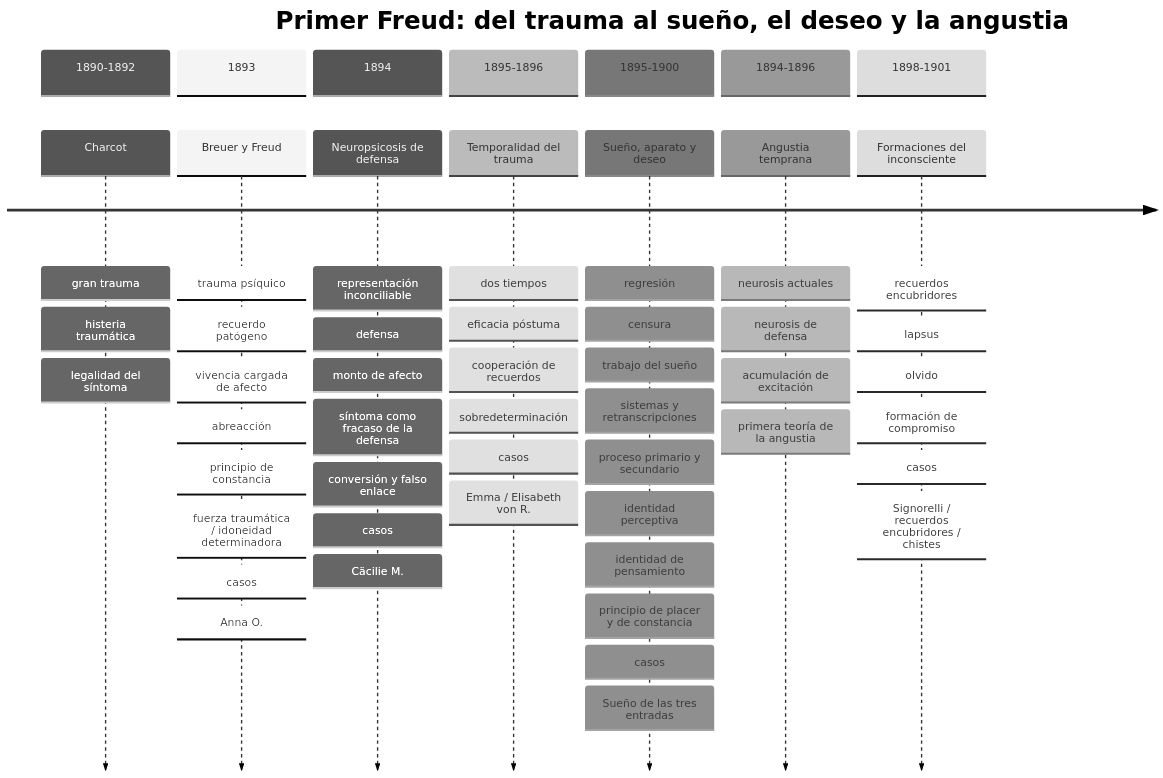
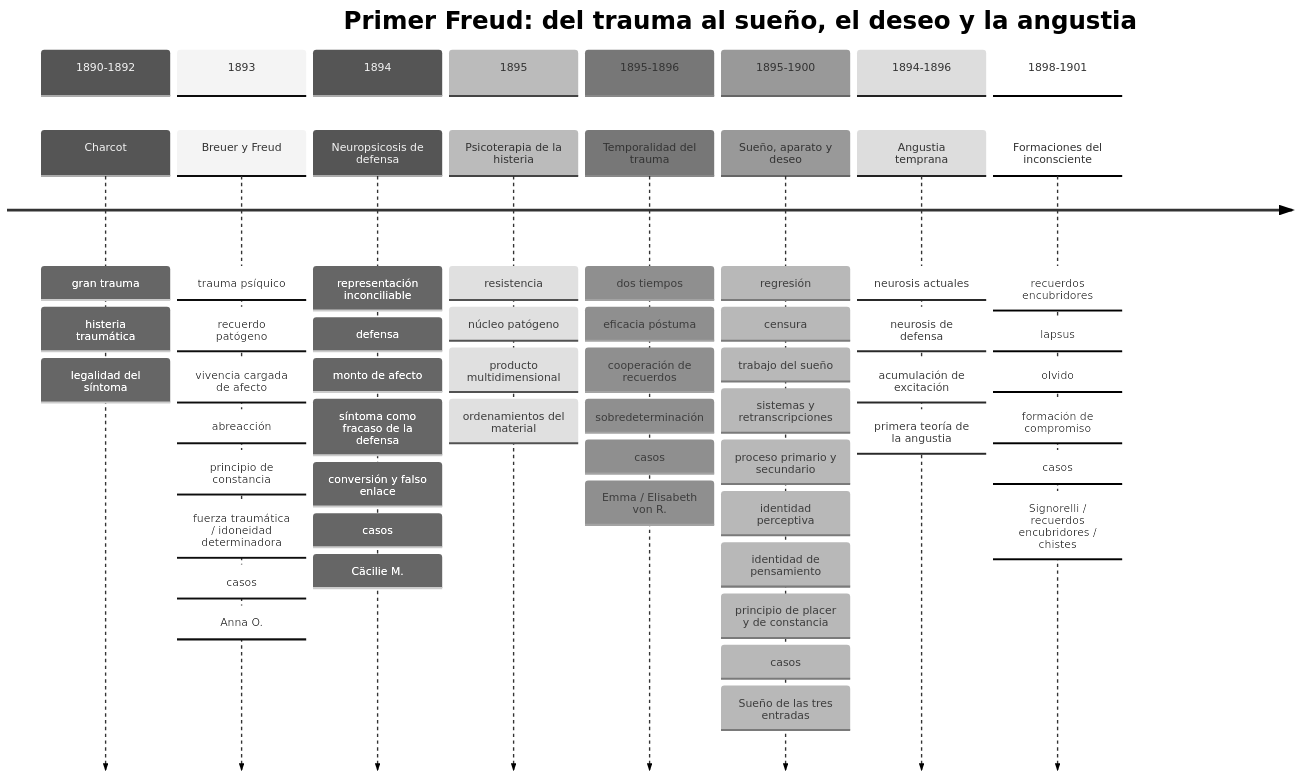
Before and after one commit to javifernandes/psicoanalisis-freud-laznik: the first of 3 diagrams in libro/bookops/02-sintesis-integrada/00-linea-temporal-del-primer-freud.md, drawn with Mermaid (neutral theme). The commit also changed other lines of this file, not shown here.

Commit message:
Add Psicoterapia de la histeria to Freud timeline

````diff
--- a/libro/bookops/02-sintesis-integrada/00-linea-temporal-del-primer-freud.md
+++ b/libro/bookops/02-sintesis-integrada/00-linea-temporal-del-primer-freud.md
@@ -7,57 +7,63 @@
 ```mermaid
 timeline
     title Primer Freud: del trauma al sueño, el deseo y la angustia
 
     section 1890-1892
       Charcot : gran trauma
               : histeria traumática
               : legalidad del síntoma
 
     section 1893
       Breuer y Freud : trauma psíquico
                      : recuerdo patógeno
                      : vivencia cargada de afecto
                      : abreacción
                      : principio de constancia
                      : fuerza traumática / idoneidad determinadora
                      : casos: Anna O.
 
     section 1894
       Neuropsicosis de defensa : representación inconciliable
                                : defensa
                                : monto de afecto
                                : síntoma como fracaso de la defensa
                                : conversión y falso enlace
                                : casos: Cäcilie M.
+
+    section 1895
+      Psicoterapia de la histeria : resistencia
+                                  : núcleo patógeno
+                                  : producto multidimensional
+                                  : ordenamientos del material
 
     section 1895-1896
       Temporalidad del trauma : dos tiempos
                               : eficacia póstuma
                               : cooperación de recuerdos
                               : sobredeterminación
                               : casos: Emma / Elisabeth von R.
 
     section 1895-1900
       Sueño, aparato y deseo : regresión
                              : censura
                              : trabajo del sueño
                              : sistemas y retranscripciones
                              : proceso primario y secundario
                              : identidad perceptiva
                              : identidad de pensamiento
                              : principio de placer y de constancia
                              : casos: Sueño de las tres entradas
 
     section 1894-1896
       Angustia temprana : neurosis actuales
                         : neurosis de defensa
                         : acumulación de excitación
                         : primera teoría de la angustia
 
     section 1898-1901
       Formaciones del inconsciente : recuerdos encubridores
                                    : lapsus
                                    : olvido
                                    : formación de compromiso
                                    : casos: Signorelli / recuerdos encubridores / chistes
 ```
````
